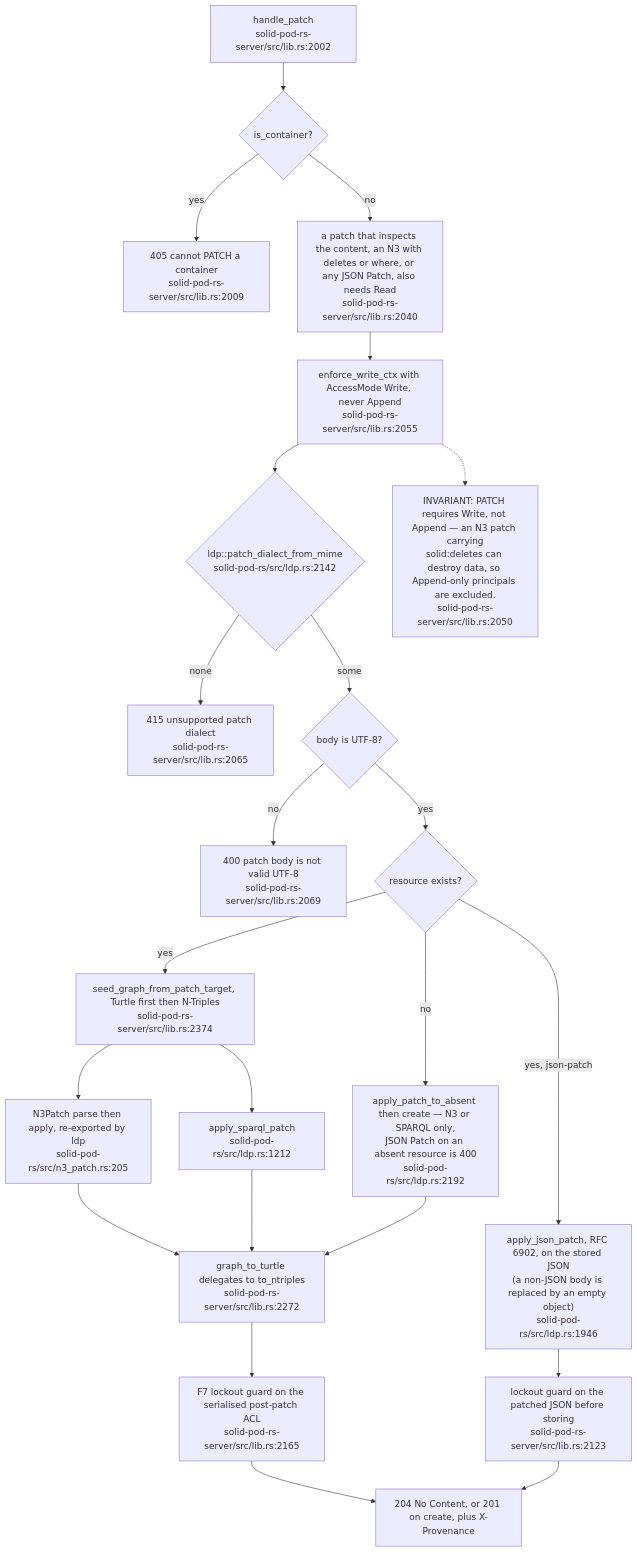
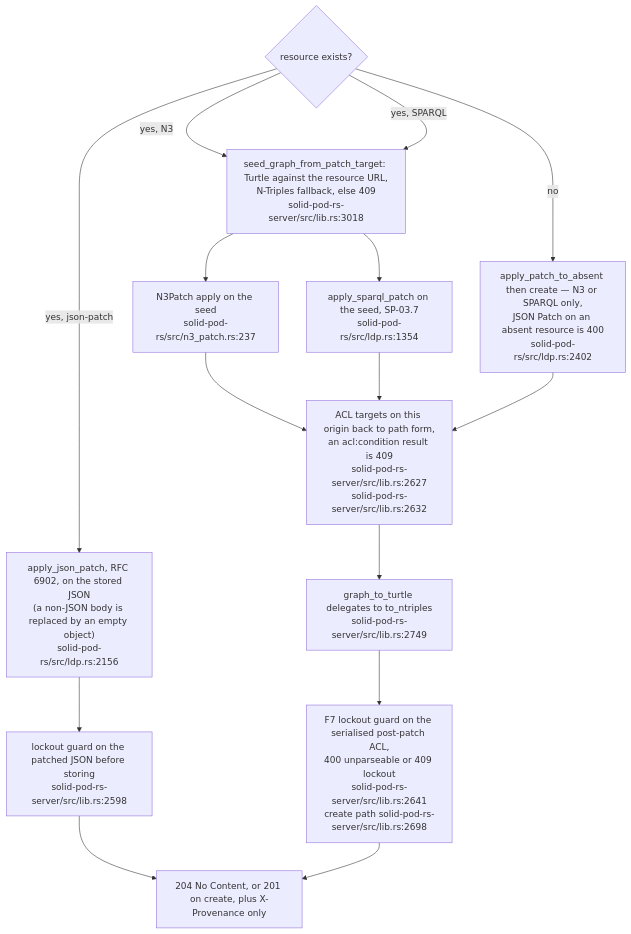
The sixth of 14 diagrams in docs/diagrams/solid-pod-rs/03-ldp-request-lifecycle.md (DreamLab-AI/VisionFlow), drawn with Mermaid before and after one commit. The commit also changed other lines of this file and 1 other file, not shown here.

First line of the commit message:
docs(diagrams): SP-03, SP-13 re-verified at solid-pod-rs a28a748

````diff
--- a/docs/diagrams/solid-pod-rs/03-ldp-request-lifecycle.md
+++ b/docs/diagrams/solid-pod-rs/03-ldp-request-lifecycle.md
@@ -163,43 +203,24 @@
 ```mermaid
 flowchart TD
-    IN["handle_patch<br/>solid-pod-rs-server/src/lib.rs:2002"]
-    CONT{"is_container?"}
-    C405["405 cannot PATCH a container<br/>solid-pod-rs-server/src/lib.rs:2009"]
-    RD["a patch that inspects the content, an N3 with deletes or where, or any JSON Patch, also needs Read<br/>solid-pod-rs-server/src/lib.rs:2040"]
-    AUTH["enforce_write_ctx with AccessMode Write, never Append<br/>solid-pod-rs-server/src/lib.rs:2055"]
-    DIAL{"ldp::patch_dialect_from_mime<br/>solid-pod-rs/src/ldp.rs:2142"}
-    U415["415 unsupported patch dialect<br/>solid-pod-rs-server/src/lib.rs:2065"]
-    UTF{"body is UTF-8?"}
-    B400["400 patch body is not valid UTF-8<br/>solid-pod-rs-server/src/lib.rs:2069"]
     EX{"resource exists?"}
-    SEED["seed_graph_from_patch_target, Turtle first then N-Triples<br/>solid-pod-rs-server/src/lib.rs:2374"]
-    N3["N3Patch parse then apply, re-exported by ldp<br/>solid-pod-rs/src/n3_patch.rs:205"]
-    SPQ["apply_sparql_patch<br/>solid-pod-rs/src/ldp.rs:1212"]
-    JP["apply_json_patch, RFC 6902, on the stored JSON<br/>(a non-JSON body is replaced by an empty object)<br/>solid-pod-rs/src/ldp.rs:1946"]
-    JGUARD["lockout guard on the patched JSON before storing<br/>solid-pod-rs-server/src/lib.rs:2123"]
-    ABS["apply_patch_to_absent then create — N3 or SPARQL only,<br/>JSON Patch on an absent resource is 400<br/>solid-pod-rs/src/ldp.rs:2192"]
-    SER["graph_to_turtle delegates to to_ntriples<br/>solid-pod-rs-server/src/lib.rs:2272"]
-    GUARD["F7 lockout guard on the serialised post-patch ACL<br/>solid-pod-rs-server/src/lib.rs:2165"]
-    OUT["204 No Content, or 201 on create, plus X-Provenance"]
+    SEED["seed_graph_from_patch_target: Turtle against the resource URL,<br/>N-Triples fallback, else 409<br/>solid-pod-rs-server/src/lib.rs:3018"]
+    N3["N3Patch apply on the seed<br/>solid-pod-rs/src/n3_patch.rs:237"]
+    SPQ["apply_sparql_patch on the seed, SP-03.7<br/>solid-pod-rs/src/ldp.rs:1354"]
+    JP["apply_json_patch, RFC 6902, on the stored JSON<br/>(a non-JSON body is replaced by an empty object)<br/>solid-pod-rs/src/ldp.rs:2156"]
+    JGUARD["lockout guard on the patched JSON before storing<br/>solid-pod-rs-server/src/lib.rs:2598"]
+    PATHS["ACL targets on this origin back to path form,<br/>an acl:condition result is 409<br/>solid-pod-rs-server/src/lib.rs:2627<br/>solid-pod-rs-server/src/lib.rs:2632"]
+    ABS["apply_patch_to_absent then create — N3 or SPARQL only,<br/>JSON Patch on an absent resource is 400<br/>solid-pod-rs/src/ldp.rs:2402"]
+    SER["graph_to_turtle delegates to to_ntriples<br/>solid-pod-rs-server/src/lib.rs:2749"]
+    GUARD["F7 lockout guard on the serialised post-patch ACL,<br/>400 unparseable or 409 lockout<br/>solid-pod-rs-server/src/lib.rs:2641<br/>create path solid-pod-rs-server/src/lib.rs:2698"]
+    OUT["204 No Content, or 201 on create, plus X-Provenance only"]
 
-    IN --> CONT
-    CONT -- yes --> C405
-    CONT -- no --> RD --> AUTH --> DIAL
-    DIAL -- none --> U415
-    DIAL -- some --> UTF
-    UTF -- no --> B400
-    UTF -- yes --> EX
-    EX -- yes --> SEED
-    SEED --> N3
+    EX -- "yes, N3" --> SEED --> N3
+    EX -- "yes, SPARQL" --> SEED
     SEED --> SPQ
-    EX -- "yes, json-patch" --> JP
+    EX -- "yes, json-patch" --> JP --> JGUARD --> OUT
     EX -- no --> ABS
-    N3 --> SER
-    SPQ --> SER
-    ABS --> SER
-    SER --> GUARD --> OUT
-    JP --> JGUARD --> OUT
-
-    NN["INVARIANT: PATCH requires Write, not Append — an N3 patch carrying<br/>solid:deletes can destroy data, so Append-only principals are excluded.<br/>solid-pod-rs-server/src/lib.rs:2050"]
-    AUTH -.-> NN
+    N3 --> PATHS
+    SPQ --> PATHS
+    ABS --> PATHS
+    PATHS --> SER --> GUARD --> OUT
 ```
````
